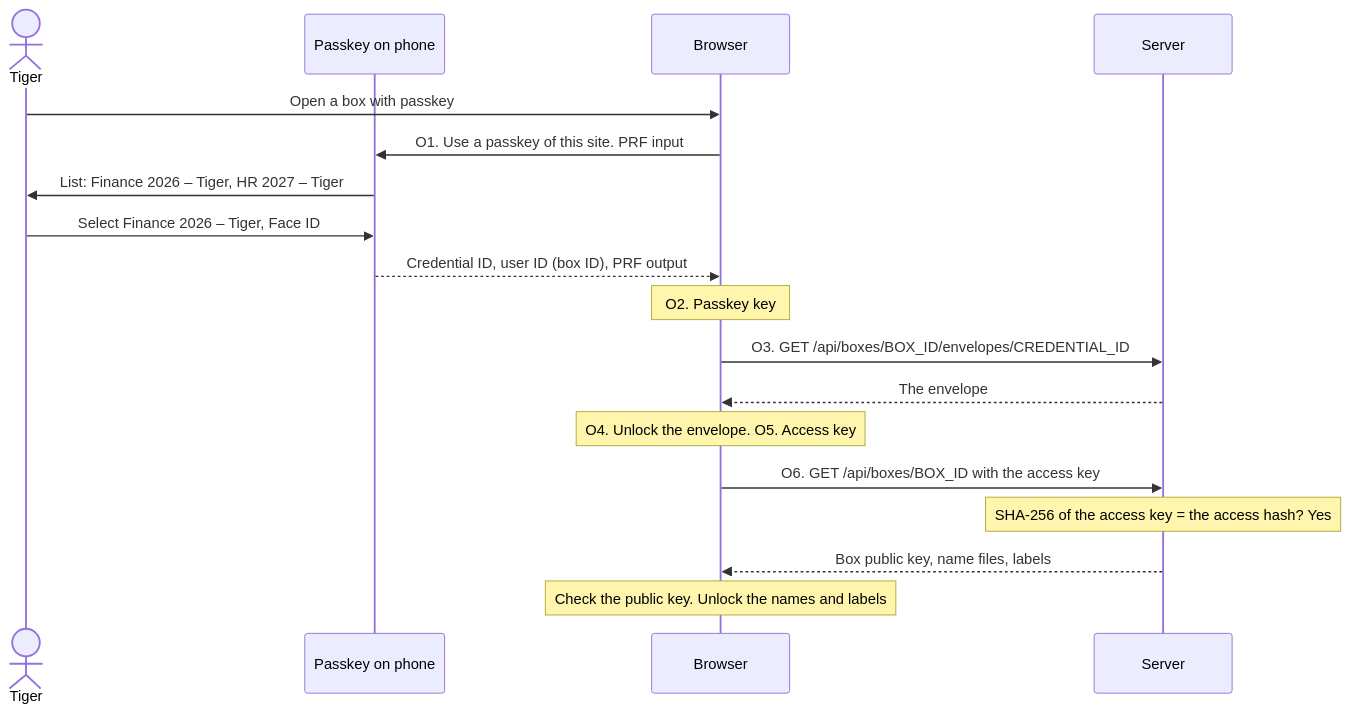
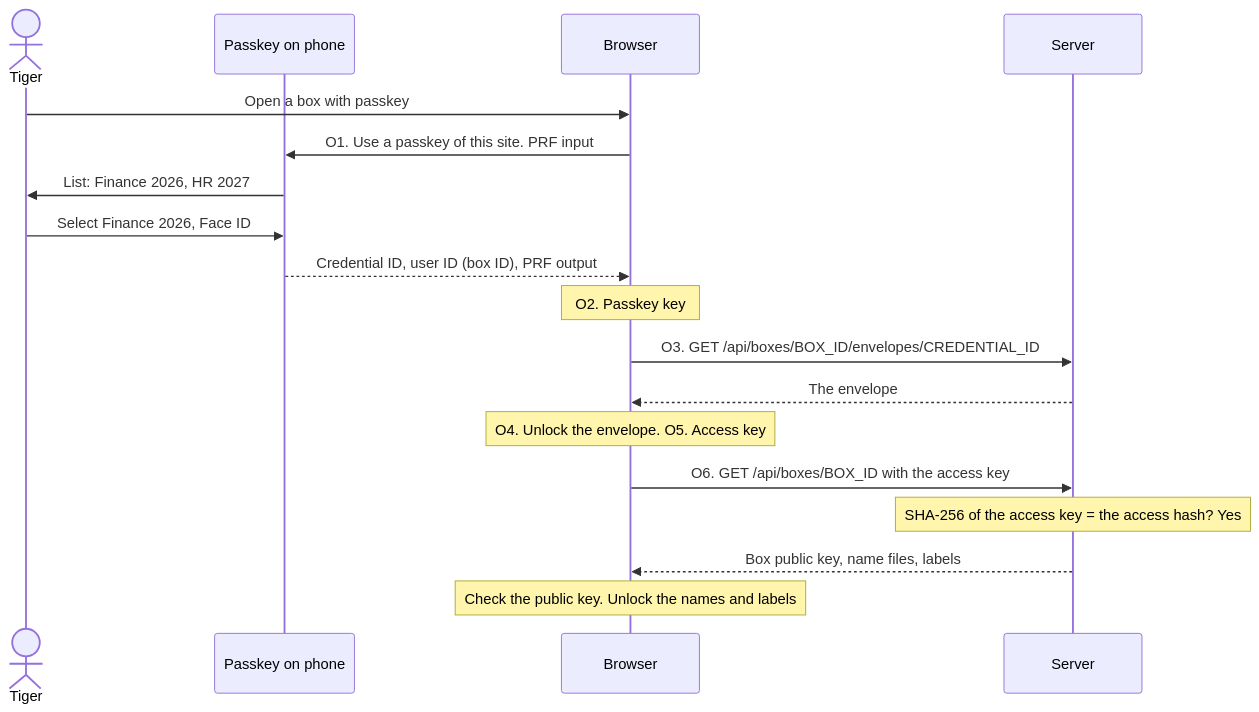
Before and after one commit to intaniger/secretbox: the first of 2 diagrams in docs/02-open-box.md, drawn with Mermaid. The commit also changed other lines of this file and 26 other files, not shown here.

````diff
--- a/docs/02-open-box.md
+++ b/docs/02-open-box.md
@@ -31,20 +31,20 @@
 ```mermaid
 sequenceDiagram
   actor T as Tiger
   participant P as Passkey on phone
   participant B as Browser
   participant S as Server
   T->>B: Open a box with passkey
   B->>P: O1. Use a passkey of this site. PRF input
-  P->>T: List: Finance 2026 – Tiger, HR 2027 – Tiger
-  T->>P: Select Finance 2026 – Tiger, Face ID
+  P->>T: List: Finance 2026, HR 2027
+  T->>P: Select Finance 2026, Face ID
   P-->>B: Credential ID, user ID (box ID), PRF output
   Note over B: O2. Passkey key
   B->>S: O3. GET /api/boxes/BOX_ID/envelopes/CREDENTIAL_ID
   S-->>B: The envelope
   Note over B: O4. Unlock the envelope. O5. Access key
   B->>S: O6. GET /api/boxes/BOX_ID with the access key
   Note over S: SHA-256 of the access key = the access hash? Yes
   S-->>B: Box public key, name files, labels
   Note over B: Check the public key. Unlock the names and labels
 ```
````
